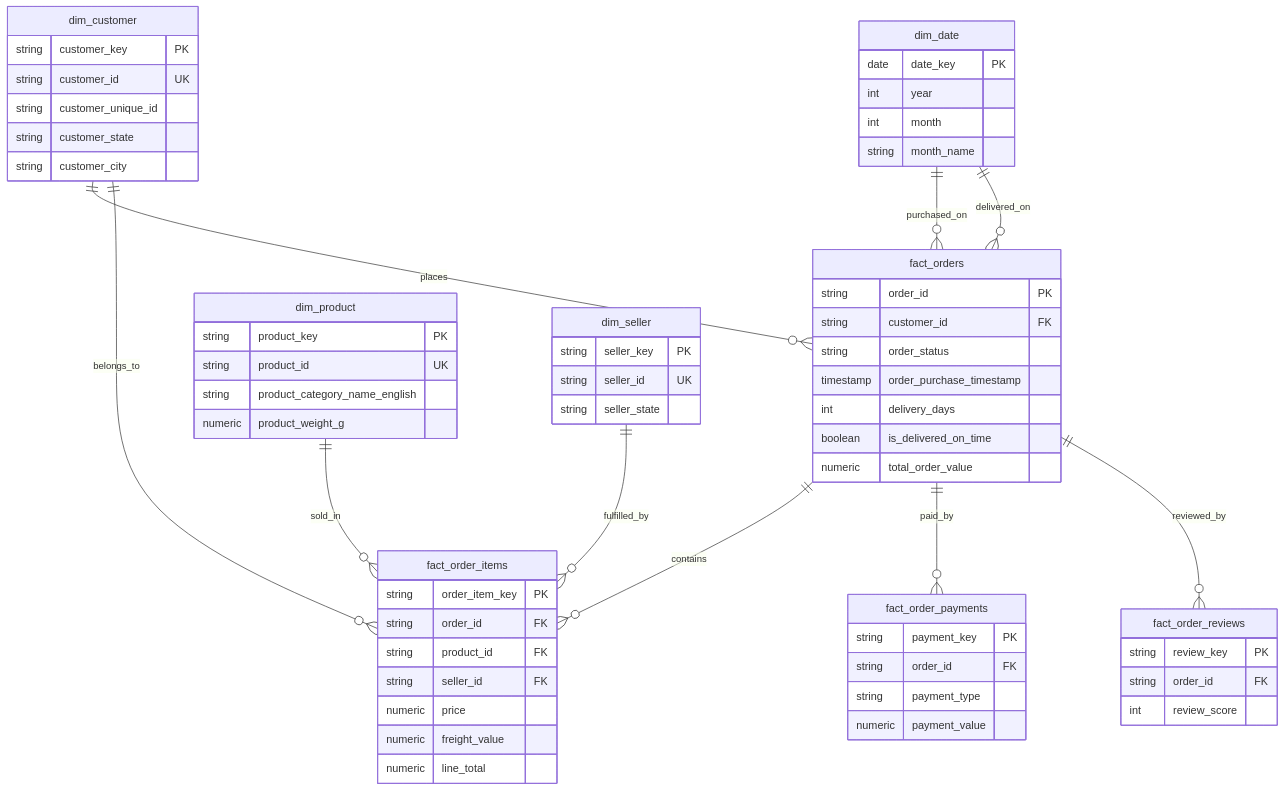
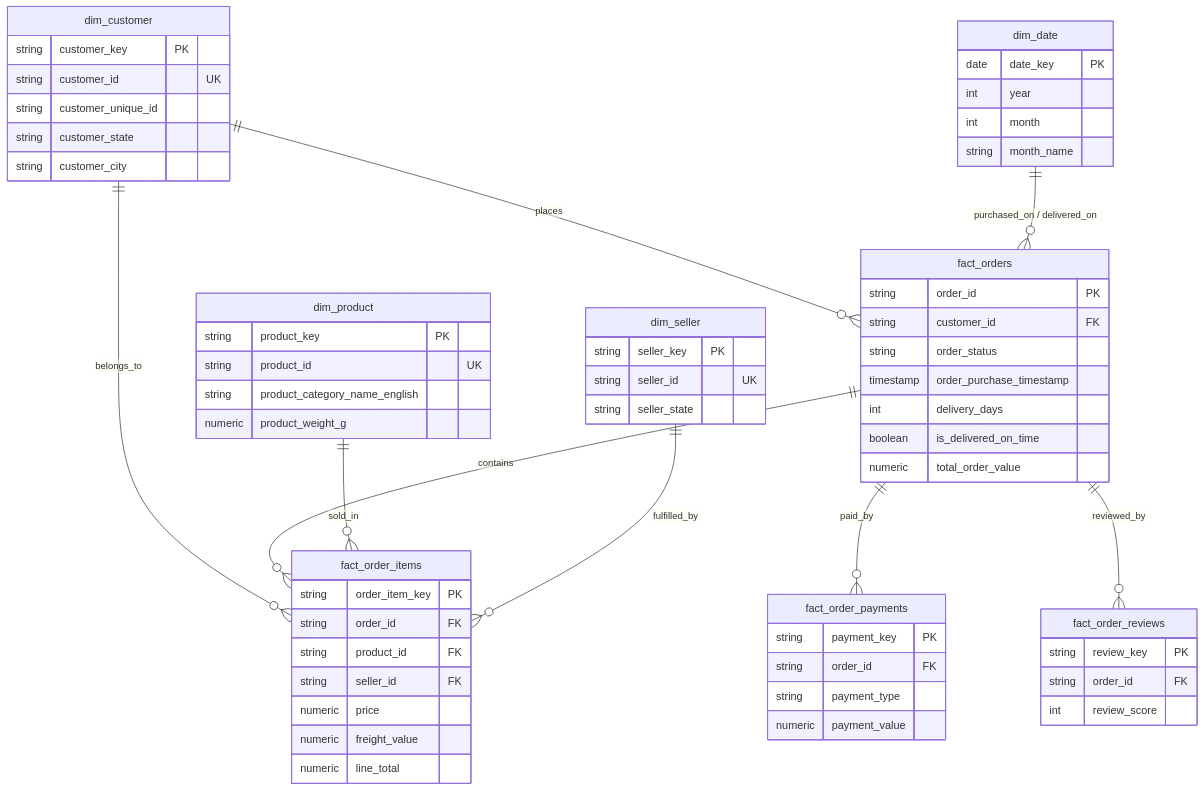
One commit to rishabhmt/olist-business-performance-MIS-and--customer-analytics changed the second of 2 diagrams in README.md. Above: the diagram before and after it, drawn with Mermaid. The commit also changed other lines of this file, not shown here.

````diff
--- a/README.md
+++ b/README.md
@@ -95,73 +95,72 @@
 ```mermaid
 erDiagram
-    dim_customer ||--o{ fact_orders : places
-    dim_customer ||--o{ fact_order_items : belongs_to
-    dim_date ||--o{ fact_orders : purchased_on
-    dim_date ||--o{ fact_orders : delivered_on
-    fact_orders ||--o{ fact_order_items : contains
-    fact_orders ||--o{ fact_order_payments : paid_by
-    fact_orders ||--o{ fact_order_reviews : reviewed_by
-    dim_product ||--o{ fact_order_items : sold_in
-    dim_seller ||--o{ fact_order_items : fulfilled_by
+    dim_customer ||--o{ fact_orders : "places"
+    dim_customer ||--o{ fact_order_items : "belongs_to"
+    dim_date ||--o{ fact_orders : "purchased_on / delivered_on"
+    fact_orders ||--o{ fact_order_items : "contains"
+    fact_orders ||--o{ fact_order_payments : "paid_by"
+    fact_orders ||--o{ fact_order_reviews : "reviewed_by"
+    dim_product ||--o{ fact_order_items : "sold_in"
+    dim_seller ||--o{ fact_order_items : "fulfilled_by"
 
     dim_customer {
         string customer_key PK
-        string customer_id UK
+        string customer_id "UK"
         string customer_unique_id
         string customer_state
         string customer_city
     }
 
     dim_product {
         string product_key PK
-        string product_id UK
+        string product_id "UK"
         string product_category_name_english
         numeric product_weight_g
     }
 
     dim_seller {
         string seller_key PK
-        string seller_id UK
+        string seller_id "UK"
         string seller_state
     }
 
     dim_date {
         date date_key PK
         int year
         int month
         string month_name
     }
 
     fact_orders {
         string order_id PK
         string customer_id FK
         string order_status
         timestamp order_purchase_timestamp
         int delivery_days
         boolean is_delivered_on_time
         numeric total_order_value
     }
 
     fact_order_items {
         string order_item_key PK
         string order_id FK
         string product_id FK
         string seller_id FK
         numeric price
         numeric freight_value
         numeric line_total
     }
 
     fact_order_payments {
         string payment_key PK
         string order_id FK
         string payment_type
         numeric payment_value
     }
 
     fact_order_reviews {
         string review_key PK
         string order_id FK
         int review_score
     }
 ```
````
